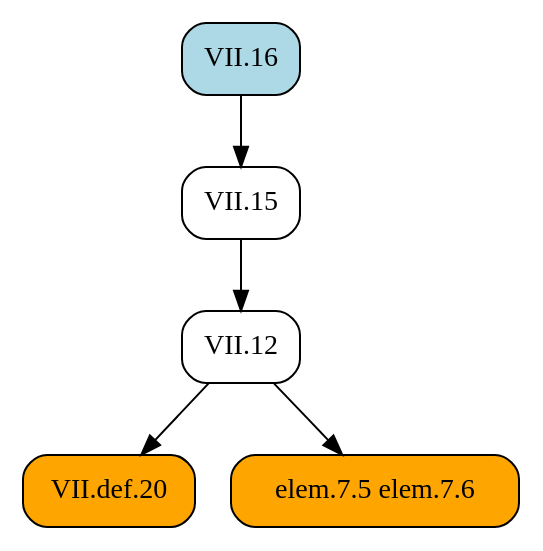
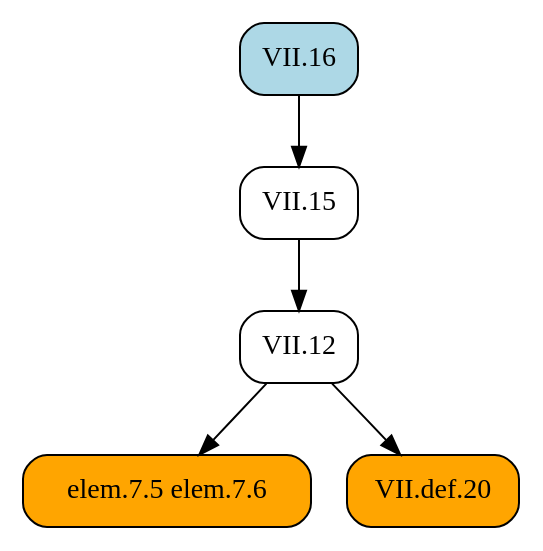
Before and after one commit to geometor/elements: the diagram in docsrc/heath/VII/16/index.rst, drawn with Graphviz. The commit also changed other lines of this file and 1029 other files, not shown here.

```diff
--- a/docsrc/heath/VII/16/index.rst
+++ b/docsrc/heath/VII/16/index.rst
@@ -60,15 +60,15 @@
 .. graphviz::
 
    digraph {
      rankdir="TB";
      node [shape=box, style=rounded];
-     "VII.def.20" [style="rounded,filled", fillcolor=orange, URL="/heath/VII/def.20/", target="_top"];
      "elem.7.5 elem.7.6" [style="rounded,filled", fillcolor=orange];
      "VII.16" [style="rounded,filled", fillcolor=lightblue, URL="/heath/VII/16/", target="_top"];
+     "VII.12" [URL="/heath/VII/12/", target="_top"];
      "VII.15" [URL="/heath/VII/15/", target="_top"];
-     "VII.12" [URL="/heath/VII/12/", target="_top"];
+     "VII.def.20" [style="rounded,filled", fillcolor=orange, URL="/heath/VII/def.20/", target="_top"];
+     "VII.12" -> "elem.7.5 elem.7.6";
+     "VII.15" -> "VII.12";
+     "VII.16" -> "VII.15";
      "VII.12" -> "VII.def.20";
-     "VII.12" -> "elem.7.5 elem.7.6";
-     "VII.16" -> "VII.15";
-     "VII.15" -> "VII.12";
    }
```
